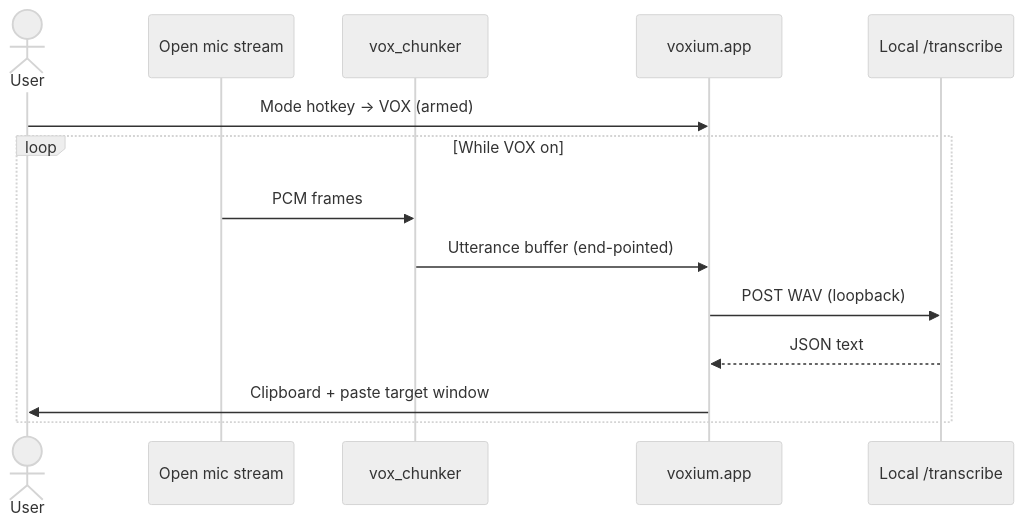
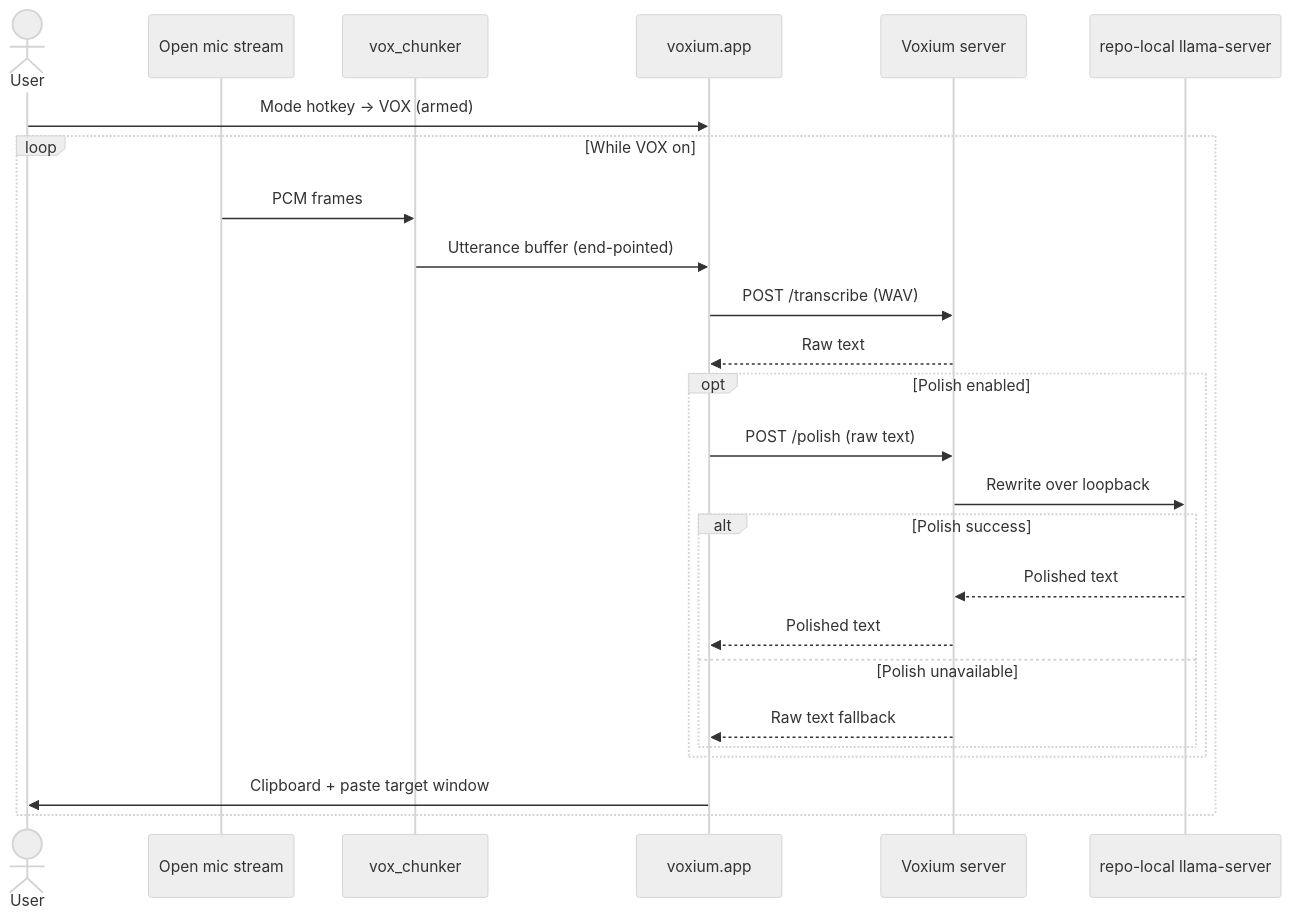
Before and after one commit to chris-piekarski/voxium-ptt: the fourth of 7 diagrams in docs/architecture.md, drawn with Mermaid (neutral theme). The commit also changed other lines of this file and 70 other files, not shown here.

````diff
--- a/docs/architecture.md
+++ b/docs/architecture.md
@@ -115,17 +151,28 @@
 ```mermaid
 sequenceDiagram
   actor User
   participant Mic as Open mic stream
   participant Chunk as vox_chunker
   participant Client as voxium.app
-  participant Server as Local /transcribe
+  participant Server as Voxium server
+  participant Llama as repo-local llama-server
 
   User->>Client: Mode hotkey → VOX (armed)
   loop While VOX on
     Mic->>Chunk: PCM frames
     Chunk->>Client: Utterance buffer (end-pointed)
-    Client->>Server: POST WAV (loopback)
-    Server-->>Client: JSON text
+    Client->>Server: POST /transcribe (WAV)
+    Server-->>Client: Raw text
+    opt Polish enabled
+      Client->>Server: POST /polish (raw text)
+      Server->>Llama: Rewrite over loopback
+      alt Polish success
+        Llama-->>Server: Polished text
+        Server-->>Client: Polished text
+      else Polish unavailable
+        Server-->>Client: Raw text fallback
+      end
+    end
     Client->>User: Clipboard + paste target window
   end
 ```
````
